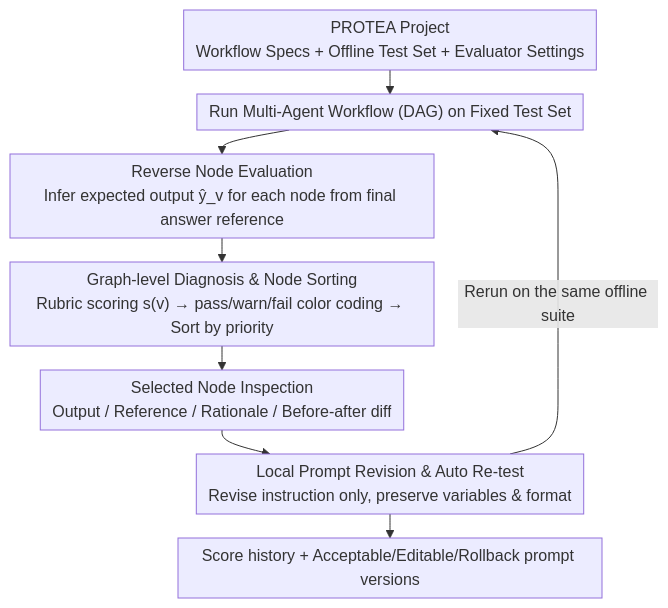
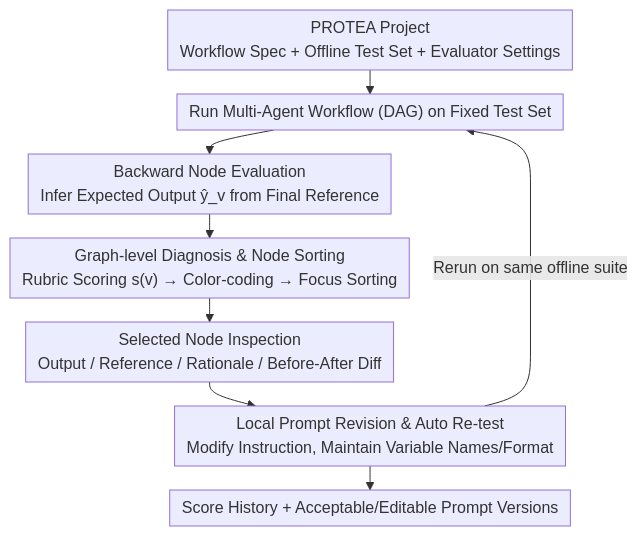
One commit to zhaoyang97/Paper-Notes-en changed the diagram in docs/ACL2026/multi_agent/protea_offline_evaluation_and_iterative_refinement_for_multi-agent_llm_workflows.md. Above: the diagram before and after it, drawn with Mermaid. The commit also changed other lines of this file and 5084 other files, not shown here.

````diff
--- a/docs/ACL2026/multi_agent/protea_offline_evaluation_and_iterative_refinement_for_multi-agent_llm_workflows.md
+++ b/docs/ACL2026/multi_agent/protea_offline_evaluation_and_iterative_refinement_for_multi-agent_llm_workflows.md
@@ -43,11 +43,11 @@
 ```mermaid
 %%{init: {'flowchart': {'rankSpacing': 24, 'nodeSpacing': 28, 'padding': 6, 'wrappingWidth': 400}}}%%
 flowchart TD
-    A["PROTEA Project<br/>Workflow Specs + Offline Test Set + Evaluator Settings"] --> B["Run Multi-Agent Workflow (DAG) on Fixed Test Set"]
-    B --> C["Reverse Node Evaluation<br/>Infer expected output ŷ_v for each node from final answer reference"]
-    C --> D["Graph-level Diagnosis & Node Sorting<br/>Rubric scoring s(v) → pass/warn/fail color coding → Sort by priority"]
-    D --> E["Selected Node Inspection<br/>Output / Reference / Rationale / Before-after diff"]
-    E --> F["Local Prompt Revision & Auto Re-test<br/>Revise instruction only, preserve variables & format"]
-    F -->|Rerun on the same offline suite| B
-    F --> G["Score history + Acceptable/Editable/Rollback prompt versions"]
+    A["PROTEA Project<br/>Workflow Spec + Offline Test Set + Evaluator Settings"] --> B["Run Multi-Agent Workflow (DAG) on Fixed Test Set"]
+    B --> C["Backward Node Evaluation<br/>Infer Expected Output ŷ_v from Final Reference"]
+    C --> D["Graph-level Diagnosis & Node Sorting<br/>Rubric Scoring s(v) → Color-coding → Focus Sorting"]
+    D --> E["Selected Node Inspection<br/>Output / Reference / Rationale / Before-After Diff"]
+    E --> F["Local Prompt Revision & Auto Re-test<br/>Modify Instruction, Maintain Variable Names/Format"]
+    F -->|Rerun on same offline suite| B
+    F --> G["Score History + Acceptable/Editable Prompt Versions"]
 ```
````
